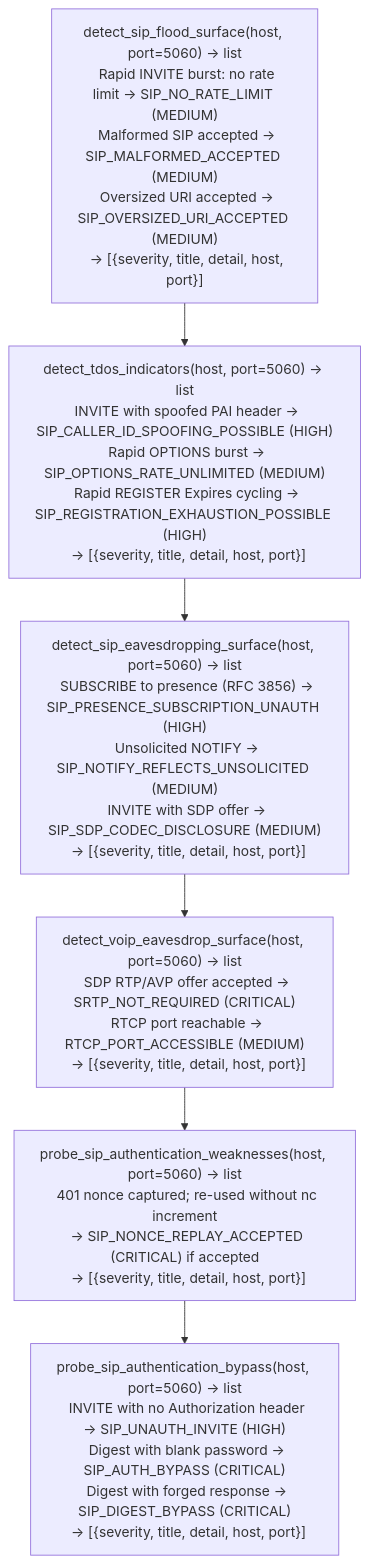
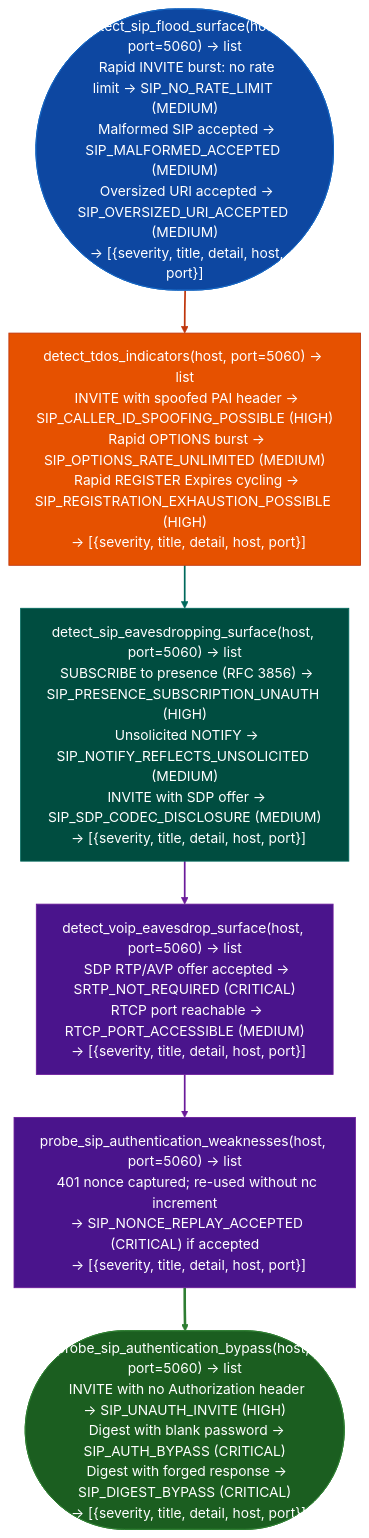
The diagram in docs/reference-modules/voice-abuse-indicators.md (Ablation-Tool/ablation), drawn with Mermaid before and after one commit. The commit also changed 320 other files, not shown here.

First line of the commit message:
docs: apply canonical Mermaid template to all 321 diagrams

````diff
--- a/docs/reference-modules/voice-abuse-indicators.md
+++ b/docs/reference-modules/voice-abuse-indicators.md
@@ -19,8 +19,19 @@
 ```mermaid
 flowchart TD
-    A["detect_sip_flood_surface(host, port=5060) → list\n  Rapid INVITE burst: no rate limit → SIP_NO_RATE_LIMIT (MEDIUM)\n  Malformed SIP accepted → SIP_MALFORMED_ACCEPTED (MEDIUM)\n  Oversized URI accepted → SIP_OVERSIZED_URI_ACCEPTED (MEDIUM)\n  → [{severity, title, detail, host, port}]"] --> B["detect_tdos_indicators(host, port=5060) → list\n  INVITE with spoofed PAI header → SIP_CALLER_ID_SPOOFING_POSSIBLE (HIGH)\n  Rapid OPTIONS burst → SIP_OPTIONS_RATE_UNLIMITED (MEDIUM)\n  Rapid REGISTER Expires cycling → SIP_REGISTRATION_EXHAUSTION_POSSIBLE (HIGH)\n  → [{severity, title, detail, host, port}]"]
-    B --> C["detect_sip_eavesdropping_surface(host, port=5060) → list\n  SUBSCRIBE to presence (RFC 3856) → SIP_PRESENCE_SUBSCRIPTION_UNAUTH (HIGH)\n  Unsolicited NOTIFY → SIP_NOTIFY_REFLECTS_UNSOLICITED (MEDIUM)\n  INVITE with SDP offer → SIP_SDP_CODEC_DISCLOSURE (MEDIUM)\n  → [{severity, title, detail, host, port}]"]
-    C --> D["detect_voip_eavesdrop_surface(host, port=5060) → list\n  SDP RTP/AVP offer accepted → SRTP_NOT_REQUIRED (CRITICAL)\n  RTCP port reachable → RTCP_PORT_ACCESSIBLE (MEDIUM)\n  → [{severity, title, detail, host, port}]"]
-    D --> E["probe_sip_authentication_weaknesses(host, port=5060) → list\n  401 nonce captured; re-used without nc increment\n  → SIP_NONCE_REPLAY_ACCEPTED (CRITICAL) if accepted\n  → [{severity, title, detail, host, port}]"]
-    E --> F["probe_sip_authentication_bypass(host, port=5060) → list\n  INVITE with no Authorization header → SIP_UNAUTH_INVITE (HIGH)\n  Digest with blank password → SIP_AUTH_BYPASS (CRITICAL)\n  Digest with forged response → SIP_DIGEST_BYPASS (CRITICAL)\n  → [{severity, title, detail, host, port}]"]
+    A(["detect_sip_flood_surface(host, port=5060) → list\n  Rapid INVITE burst: no rate limit → SIP_NO_RATE_LIMIT (MEDIUM)\n  Malformed SIP accepted → SIP_MALFORMED_ACCEPTED (MEDIUM)\n  Oversized URI accepted → SIP_OVERSIZED_URI_ACCEPTED (MEDIUM)\n  → [{severity, title, detail, host, port}]"]):::input --> B["detect_tdos_indicators(host, port=5060) → list\n  INVITE with spoofed PAI header → SIP_CALLER_ID_SPOOFING_POSSIBLE (HIGH)\n  Rapid OPTIONS burst → SIP_OPTIONS_RATE_UNLIMITED (MEDIUM)\n  Rapid REGISTER Expires cycling → SIP_REGISTRATION_EXHAUSTION_POSSIBLE (HIGH)\n  → [{severity, title, detail, host, port}]"]:::primary
+    B:::primary --> C["detect_sip_eavesdropping_surface(host, port=5060) → list\n  SUBSCRIBE to presence (RFC 3856) → SIP_PRESENCE_SUBSCRIPTION_UNAUTH (HIGH)\n  Unsolicited NOTIFY → SIP_NOTIFY_REFLECTS_UNSOLICITED (MEDIUM)\n  INVITE with SDP offer → SIP_SDP_CODEC_DISCLOSURE (MEDIUM)\n  → [{severity, title, detail, host, port}]"]:::secondary
+    C:::secondary --> D["detect_voip_eavesdrop_surface(host, port=5060) → list\n  SDP RTP/AVP offer accepted → SRTP_NOT_REQUIRED (CRITICAL)\n  RTCP port reachable → RTCP_PORT_ACCESSIBLE (MEDIUM)\n  → [{severity, title, detail, host, port}]"]:::tertiary
+    D:::tertiary --> E["probe_sip_authentication_weaknesses(host, port=5060) → list\n  401 nonce captured; re-used without nc increment\n  → SIP_NONCE_REPLAY_ACCEPTED (CRITICAL) if accepted\n  → [{severity, title, detail, host, port}]"]:::tertiary
+    E:::tertiary --> F(["probe_sip_authentication_bypass(host, port=5060) → list\n  INVITE with no Authorization header → SIP_UNAUTH_INVITE (HIGH)\n  Digest with blank password → SIP_AUTH_BYPASS (CRITICAL)\n  Digest with forged response → SIP_DIGEST_BYPASS (CRITICAL)\n  → [{severity, title, detail, host, port}]"]):::output
+    classDef input     fill:#0d47a1,stroke:#1565c0,color:#fff
+    classDef primary   fill:#e65100,stroke:#bf360c,color:#fff
+    classDef secondary fill:#004d40,stroke:#00695c,color:#fff
+    classDef tertiary  fill:#4a148c,stroke:#6a1b9a,color:#fff
+    classDef neutral   fill:#37474f,stroke:#546e7a,color:#fff
+    classDef output    fill:#1b5e20,stroke:#2e7d32,color:#fff
+    linkStyle 0 stroke:#bf360c,stroke-width:2px
+    linkStyle 1 stroke:#00695c,stroke-width:2px
+    linkStyle 2 stroke:#6a1b9a,stroke-width:2px
+    linkStyle 3 stroke:#6a1b9a,stroke-width:2px
+    linkStyle 4 stroke:#2e7d32,stroke-width:3px
 ```
````
